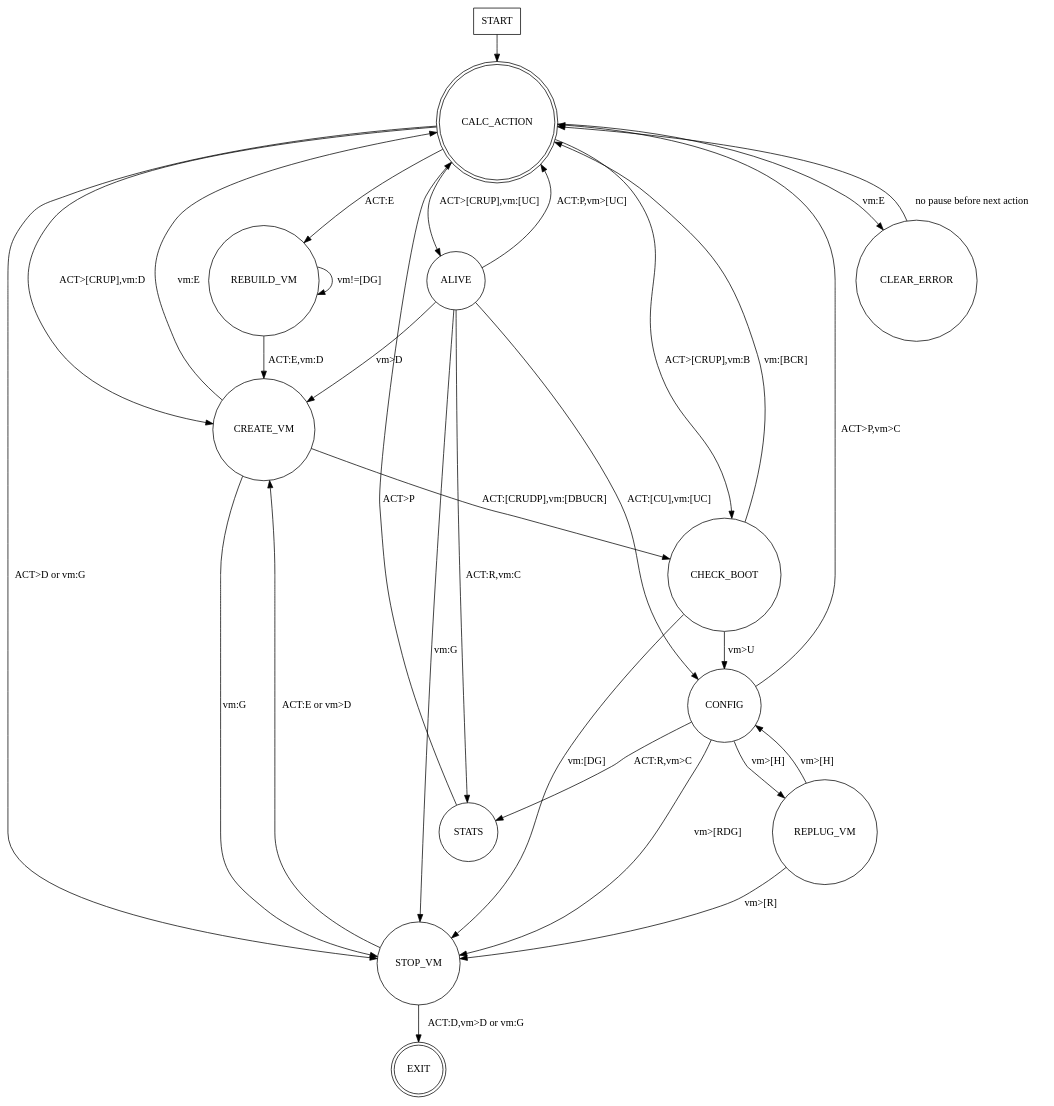
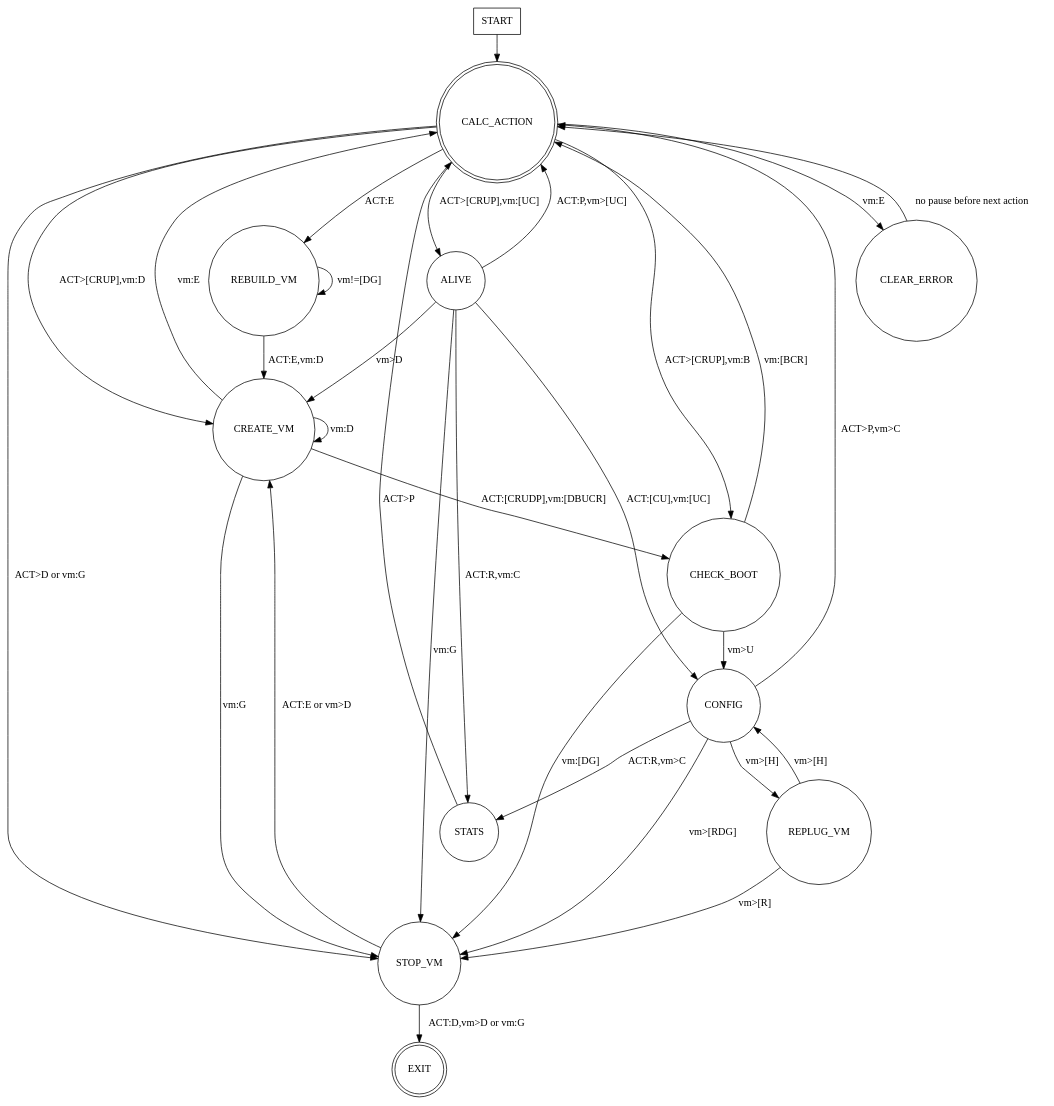
Before and after one commit to openstack-archive/astara: the diagram in doc/source/state_machine.dot, drawn with Graphviz. The commit also changed 5 other files, not shown here.

```diff
--- a/doc/source/state_machine.dot
+++ b/doc/source/state_machine.dot
@@ -1,56 +1,57 @@
 digraph rug {
   // rankdir=LR;
 
   node [shape = rectangle];
   START;
 
   // These nodes enter and exit the state machine.
 
   node [shape = doublecircle];
   EXIT;
   CALC_ACTION;
 
   node [shape = circle];
 
   START -> CALC_ACTION;
 
   CALC_ACTION -> ALIVE [ label = "ACT>[CRUP],vm:[UC]" ];
   CALC_ACTION -> CREATE_VM [ label = "ACT>[CRUP],vm:D" ];
   CALC_ACTION -> CHECK_BOOT [ label = "ACT>[CRUP],vm:B" ];
   CALC_ACTION -> REBUILD_VM [ label = "ACT:E" ];
   CALC_ACTION -> STOP_VM [ label = "ACT>D or vm:G" ];
   CALC_ACTION -> CLEAR_ERROR [ label = "vm:E" ];
 
   ALIVE -> CREATE_VM [ label = "vm>D" ];
   ALIVE -> CONFIG [ label = "ACT:[CU],vm:[UC]" ];
   ALIVE -> STATS [ label = "ACT:R,vm:C" ];
   ALIVE -> CALC_ACTION [ label = "ACT:P,vm>[UC]" ];
   ALIVE -> STOP_VM [ label = "vm:G" ];
 
   CREATE_VM -> CHECK_BOOT [ label = "ACT:[CRUDP],vm:[DBUCR]" ];
   CREATE_VM -> STOP_VM [ label = "vm:G" ];
   CREATE_VM -> CALC_ACTION [ label = "vm:E" ];
+  CREATE_VM -> CREATE_VM [ label = "vm:D" ];
 
   CHECK_BOOT -> CONFIG [ label = "vm>U" ];
   CHECK_BOOT -> CALC_ACTION [ label = "vm:[BCR]" ];
   CHECK_BOOT -> STOP_VM [ label = "vm:[DG]" ];
 
   CONFIG -> STATS [ label = "ACT:R,vm>C" ];
   CONFIG -> CALC_ACTION [ label = "ACT>P,vm>C" ];
   CONFIG -> REPLUG_VM [ label = "vm>[H]" ];
   CONFIG -> STOP_VM [ label = "vm>[RDG]" ];
 
   REPLUG_VM -> CONFIG [ label = "vm>[H]" ];
   REPLUG_VM -> STOP_VM [ label = "vm>[R]" ];
 
   STATS -> CALC_ACTION [ label = "ACT>P" ];
 
   CLEAR_ERROR -> CALC_ACTION [ label = "no pause before next action" ];
 
   REBUILD_VM -> REBUILD_VM [ label = "vm!=[DG]" ];
   REBUILD_VM -> CREATE_VM [ label = "ACT:E,vm:D" ];
 
   STOP_VM -> CREATE_VM [ label = "ACT:E or vm>D" ];
   STOP_VM -> EXIT [ label = "ACT:D,vm>D or vm:G" ];
 
 }
```
